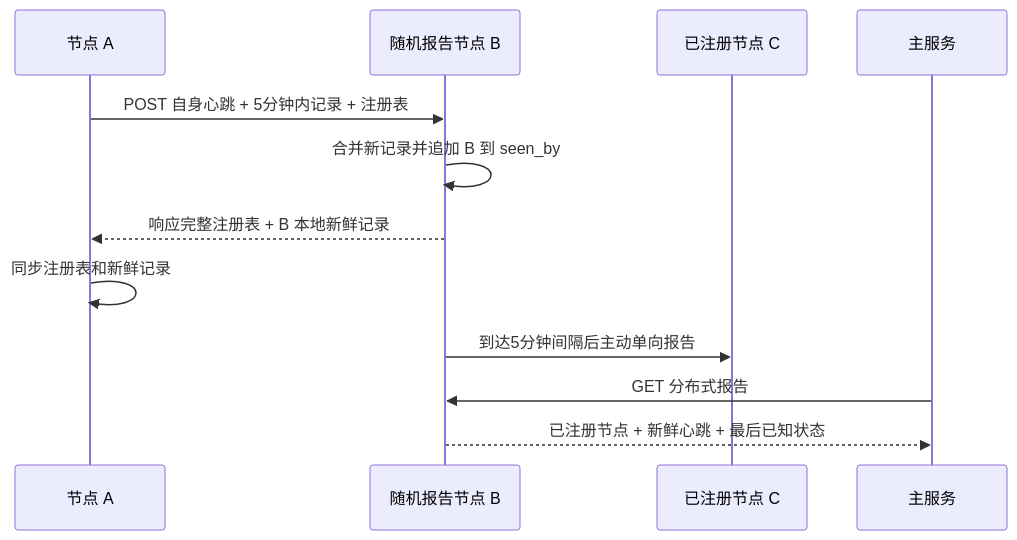
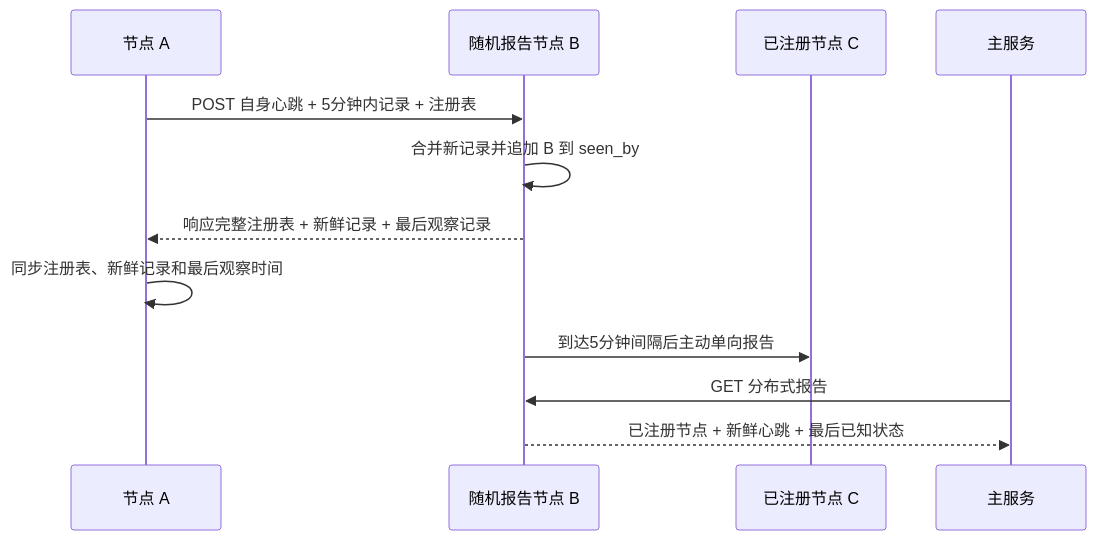
Before and after one commit to sunshaoxuan/servadmin: the diagram in docs/heartbeat-mesh-protocol.md, drawn with Mermaid. The commit also changed other lines of this file and 9 other files, not shown here.

````diff
--- a/docs/heartbeat-mesh-protocol.md
+++ b/docs/heartbeat-mesh-protocol.md
@@ -35,15 +36,15 @@
 ```mermaid
 sequenceDiagram
     participant A as 节点 A
     participant B as 随机报告节点 B
     participant C as 已注册节点 C
     participant M as 主服务
 
     A->>B: POST 自身心跳 + 5分钟内记录 + 注册表
     B->>B: 合并新记录并追加 B 到 seen_by
-    B-->>A: 响应完整注册表 + B 本地新鲜记录
-    A->>A: 同步注册表和新鲜记录
+    B-->>A: 响应完整注册表 + 新鲜记录 + 最后观察记录
+    A->>A: 同步注册表、新鲜记录和最后观察时间
     B->>C: 到达5分钟间隔后主动单向报告
     M->>B: GET 分布式报告
     B-->>M: 已注册节点 + 新鲜心跳 + 最后已知状态
 ```
````
